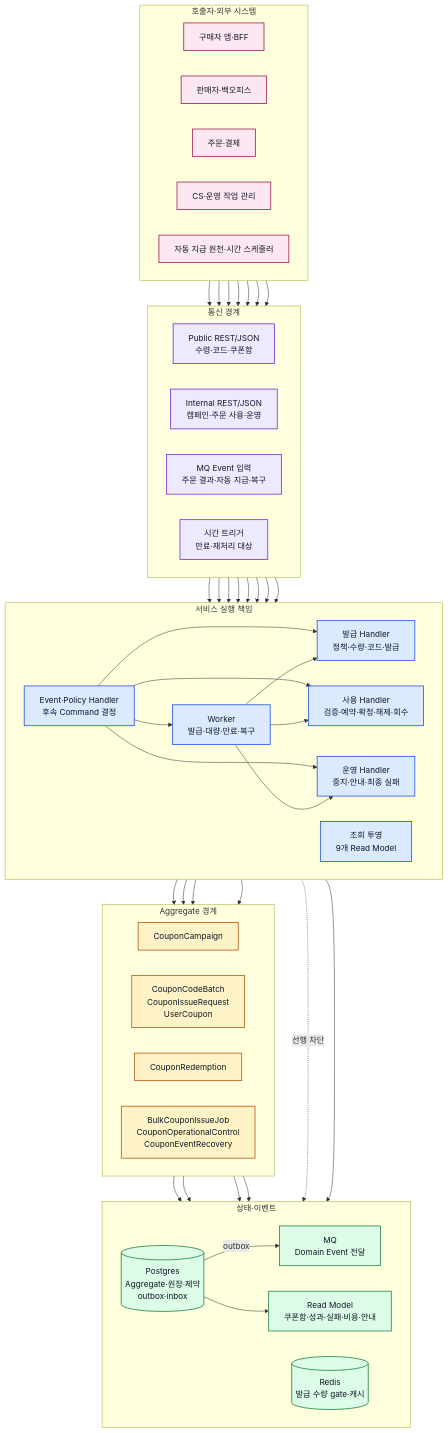
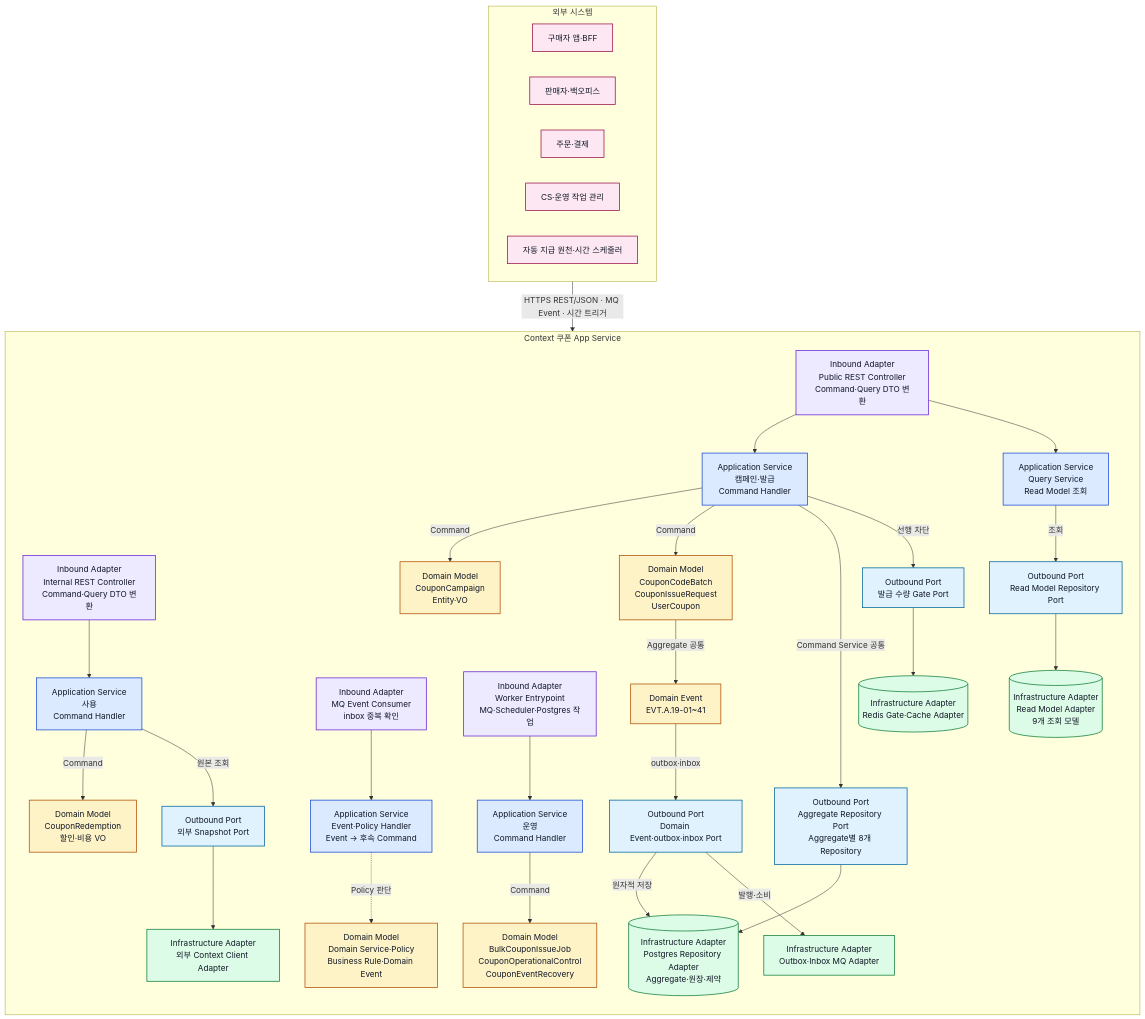
One commit to Medikong/archive changed the first of 2 diagrams in blueprint/50-service-design/A_19_coupon/A_19_30-service/README.md. Above: the diagram before and after it, drawn with Mermaid. The commit also changed other lines of this file and 62 other files, not shown here.

Commit message:
docs(coupon): add service design and API contracts

````diff
--- a/blueprint/50-service-design/A_19_coupon/A_19_30-service/README.md
+++ b/blueprint/50-service-design/A_19_coupon/A_19_30-service/README.md
@@ -34,6 +34,6 @@
 ```mermaid
 flowchart TB
-  subgraph External["호출자·외부 시스템"]
+  subgraph External["외부 시스템"]
     direction LR
     Buyer["구매자 앱·BFF"]
     SellerBackoffice["판매자·백오피스"]
@@ -42,83 +42,77 @@
     AutoGrantTime["자동 지급 원천·시간 스케줄러"]
   end
 
-  subgraph Communication["통신 경계"]
-    direction LR
-    PublicREST["Public REST/JSON<br/>수령·코드·쿠폰함"]
-    InternalREST["Internal REST/JSON<br/>캠페인·주문 사용·운영"]
-    EventInput["MQ Event 입력<br/>주문 결과·자동 지급·복구"]
-    TimeTrigger["시간 트리거<br/>만료·재처리 대상"]
+  subgraph CouponApp["Context 쿠폰 App Service"]
+    direction TB
+    PublicREST["Inbound Adapter<br/>Public REST Controller<br/>Command·Query DTO 변환"]
+    InternalREST["Inbound Adapter<br/>Internal REST Controller<br/>Command·Query DTO 변환"]
+    EventConsumer["Inbound Adapter<br/>MQ Event Consumer<br/>inbox 중복 확인"]
+    WorkerEntrypoint["Inbound Adapter<br/>Worker Entrypoint<br/>MQ·Scheduler·Postgres 작업"]
+
+    CampaignIssuanceService["Application Service<br/>캠페인·발급<br/>Command Handler"]
+    RedemptionService["Application Service<br/>사용<br/>Command Handler"]
+    OperationsService["Application Service<br/>운영<br/>Command Handler"]
+    QueryService["Application Service<br/>Query Service<br/>Read Model 조회"]
+    EventPolicyHandler["Application Service<br/>Event·Policy Handler<br/>Event → 후속 Command"]
+
+    DomainServicePolicy["Domain Model<br/>Domain Service·Policy<br/>Business Rule·Domain Event"]
+    CampaignAggregate["Domain Model<br/>CouponCampaign<br/>Entity·VO"]
+    IssuanceAggregates["Domain Model<br/>CouponCodeBatch<br/>CouponIssueRequest<br/>UserCoupon"]
+    RedemptionAggregate["Domain Model<br/>CouponRedemption<br/>할인·비용 VO"]
+    OperationsAggregates["Domain Model<br/>BulkCouponIssueJob<br/>CouponOperationalControl<br/>CouponEventRecovery"]
+    DomainEvents["Domain Event<br/>EVT.A.19-01~41"]
+
+    AggregateRepositoryPort["Outbound Port<br/>Aggregate Repository Port<br/>Aggregate별 8개 Repository"]
+    ReadModelRepositoryPort["Outbound Port<br/>Read Model Repository Port"]
+    DomainEventPort["Outbound Port<br/>Domain Event·outbox·inbox Port"]
+    IssueQuantityGatePort["Outbound Port<br/>발급 수량 Gate Port"]
+    ExternalSnapshotPort["Outbound Port<br/>외부 Snapshot Port"]
+
+    PostgresAdapter[("Infrastructure Adapter<br/>Postgres Repository Adapter<br/>Aggregate·원장·제약")]
+    ReadModelAdapter[("Infrastructure Adapter<br/>Read Model Adapter<br/>9개 조회 모델")]
+    RedisAdapter[("Infrastructure Adapter<br/>Redis Gate·Cache Adapter")]
+    MQAdapter["Infrastructure Adapter<br/>Outbox·Inbox MQ Adapter"]
+    ExternalClientAdapter["Infrastructure Adapter<br/>외부 Context Client Adapter"]
+
+    PublicREST --> CampaignIssuanceService
+    PublicREST --> QueryService
+    InternalREST --> RedemptionService
+    EventConsumer --> EventPolicyHandler
+    WorkerEntrypoint --> OperationsService
+
+    CampaignIssuanceService -->|"Command"| CampaignAggregate
+    CampaignIssuanceService -->|"Command"| IssuanceAggregates
+    RedemptionService -->|"Command"| RedemptionAggregate
+    OperationsService -->|"Command"| OperationsAggregates
+    EventPolicyHandler -. "Policy 판단" .-> DomainServicePolicy
+    IssuanceAggregates -->|"Aggregate 공통"| DomainEvents
+
+    CampaignIssuanceService -->|"Command Service 공통"| AggregateRepositoryPort
+    QueryService -->|"조회"| ReadModelRepositoryPort
+    DomainEvents -->|"outbox·inbox"| DomainEventPort
+    CampaignIssuanceService -->|"선행 차단"| IssueQuantityGatePort
+    RedemptionService -->|"원본 조회"| ExternalSnapshotPort
+
+    AggregateRepositoryPort --> PostgresAdapter
+    ReadModelRepositoryPort --> ReadModelAdapter
+    DomainEventPort -->|"원자적 저장"| PostgresAdapter
+    DomainEventPort -->|"발행·소비"| MQAdapter
+    IssueQuantityGatePort --> RedisAdapter
+    ExternalSnapshotPort --> ExternalClientAdapter
   end
 
-  subgraph Execution["서비스 실행 책임"]
-    direction LR
-    IssuanceHandlers["발급 Handler<br/>정책·수량·코드·발급"]
-    RedemptionHandlers["사용 Handler<br/>검증·예약·확정·해제·회수"]
-    OperationsHandlers["운영 Handler<br/>중지·안내·최종 실패"]
-    EventPolicyHandlers["Event·Policy Handler<br/>후속 Command 결정"]
-    WorkerRuntime["Worker<br/>발급·대량·만료·복구"]
-    QueryProjection["조회 투영<br/>9개 Read Model"]
-  end
-
-  subgraph Domain["Aggregate 경계"]
-    direction LR
-    CampaignAggregate["CouponCampaign"]
-    IssuanceAggregates["CouponCodeBatch<br/>CouponIssueRequest<br/>UserCoupon"]
-    RedemptionAggregate["CouponRedemption"]
-    OperationsAggregates["BulkCouponIssueJob<br/>CouponOperationalControl<br/>CouponEventRecovery"]
-  end
-
-  subgraph State["상태·이벤트"]
-    direction LR
-    Postgres[("Postgres<br/>Aggregate·원장·제약<br/>outbox·inbox")]
-    Redis[("Redis<br/>발급 수량 gate·캐시")]
-    MQ["MQ<br/>Domain Event 전달"]
-    ReadModels["Read Model<br/>쿠폰함·성과·실패·비용·안내"]
-  end
-
-  Buyer --> PublicREST
-  SellerBackoffice --> InternalREST
-  OrderPayment --> InternalREST
-  CsOperations --> InternalREST
-  OrderPayment --> EventInput
-  AutoGrantTime --> EventInput
-  AutoGrantTime --> TimeTrigger
-  PublicREST --> IssuanceHandlers
-  PublicREST --> QueryProjection
-  InternalREST --> IssuanceHandlers
-  InternalREST --> RedemptionHandlers
-  InternalREST --> OperationsHandlers
-  InternalREST --> QueryProjection
-  EventInput --> EventPolicyHandlers
-  TimeTrigger --> WorkerRuntime
-  EventPolicyHandlers --> IssuanceHandlers
-  EventPolicyHandlers --> RedemptionHandlers
-  EventPolicyHandlers --> OperationsHandlers
-  EventPolicyHandlers --> WorkerRuntime
-  WorkerRuntime --> IssuanceHandlers
-  WorkerRuntime --> RedemptionHandlers
-  WorkerRuntime --> OperationsHandlers
-  IssuanceHandlers --> CampaignAggregate
-  IssuanceHandlers --> IssuanceAggregates
-  RedemptionHandlers --> RedemptionAggregate
-  OperationsHandlers --> OperationsAggregates
-  CampaignAggregate --> Postgres
-  IssuanceAggregates --> Postgres
-  RedemptionAggregate --> Postgres
-  OperationsAggregates --> Postgres
-  IssuanceHandlers -. "선행 차단" .-> Redis
-  QueryProjection --> ReadModels
-  Postgres -->|outbox| MQ
-  Postgres --> ReadModels
+  External -->|"HTTPS REST/JSON · MQ Event · 시간 트리거"| CouponApp
 
   classDef external fill:#FCE7F3,stroke:#9D174D,color:#111827,stroke-width:1.5px;
-  classDef communication fill:#EDE9FE,stroke:#6D28D9,color:#111827,stroke-width:1.5px;
-  classDef execution fill:#DBEAFE,stroke:#1D4ED8,color:#111827,stroke-width:1.5px;
+  classDef inbound fill:#EDE9FE,stroke:#6D28D9,color:#111827,stroke-width:1.5px;
+  classDef application fill:#DBEAFE,stroke:#1D4ED8,color:#111827,stroke-width:1.5px;
   classDef domain fill:#FEF3C7,stroke:#B45309,color:#111827,stroke-width:1.5px;
-  classDef state fill:#DCFCE7,stroke:#15803D,color:#111827,stroke-width:1.5px;
+  classDef port fill:#E0F2FE,stroke:#0369A1,color:#111827,stroke-width:1.5px;
+  classDef adapter fill:#DCFCE7,stroke:#15803D,color:#111827,stroke-width:1.5px;
   class Buyer,SellerBackoffice,OrderPayment,CsOperations,AutoGrantTime external;
-  class PublicREST,InternalREST,EventInput,TimeTrigger communication;
-  class IssuanceHandlers,RedemptionHandlers,OperationsHandlers,EventPolicyHandlers,WorkerRuntime,QueryProjection execution;
-  class CampaignAggregate,IssuanceAggregates,RedemptionAggregate,OperationsAggregates domain;
-  class Postgres,Redis,MQ,ReadModels state;
+  class PublicREST,InternalREST,EventConsumer,WorkerEntrypoint inbound;
+  class CampaignIssuanceService,RedemptionService,OperationsService,QueryService,EventPolicyHandler application;
+  class DomainServicePolicy,CampaignAggregate,IssuanceAggregates,RedemptionAggregate,OperationsAggregates,DomainEvents domain;
+  class AggregateRepositoryPort,ReadModelRepositoryPort,DomainEventPort,IssueQuantityGatePort,ExternalSnapshotPort port;
+  class PostgresAdapter,ReadModelAdapter,RedisAdapter,MQAdapter,ExternalClientAdapter adapter;
 ```
````
